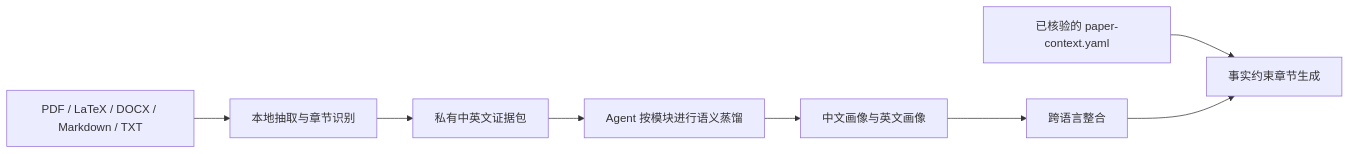
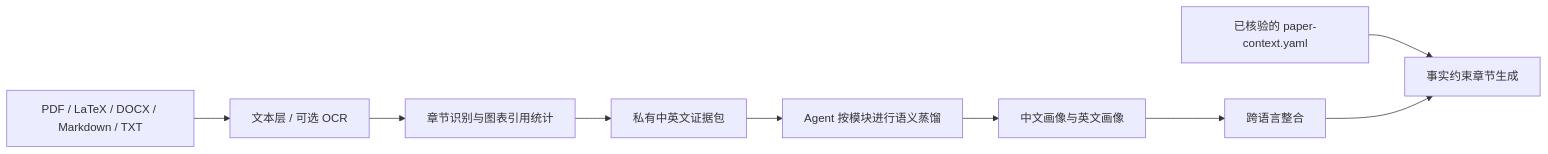
The diagram in README.zh-CN.md (Our-goal-is-Nature/paper-alchemist), drawn with Mermaid before and after one commit. The commit also changed other lines of this file and 19 other files, not shown here.

````diff
--- a/README.zh-CN.md
+++ b/README.zh-CN.md
@@ -81,10 +82,11 @@
 ```mermaid
 flowchart LR
-    A[PDF / LaTeX / DOCX / Markdown / TXT] --> B[本地抽取与章节识别]
-    B --> C[私有中英文证据包]
-    C --> D[Agent 按模块进行语义蒸馏]
-    D --> E[中文画像与英文画像]
-    E --> F[跨语言整合]
-    G[已核验的 paper-context.yaml] --> H[事实约束章节生成]
-    F --> H
+    A[PDF / LaTeX / DOCX / Markdown / TXT] --> B[文本层 / 可选 OCR]
+    B --> C[章节识别与图表引用统计]
+    C --> D[私有中英文证据包]
+    D --> E[Agent 按模块进行语义蒸馏]
+    E --> F[中文画像与英文画像]
+    F --> G[跨语言整合]
+    H[已核验的 paper-context.yaml] --> I[事实约束章节生成]
+    G --> I
 ```
````
